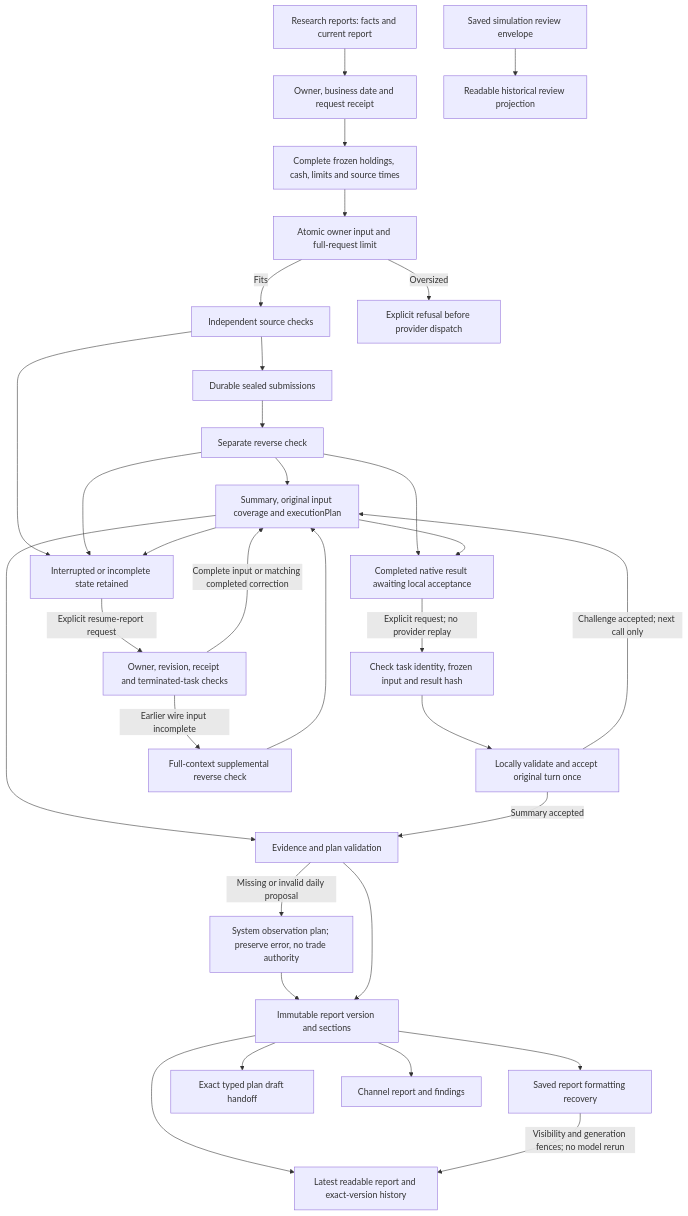
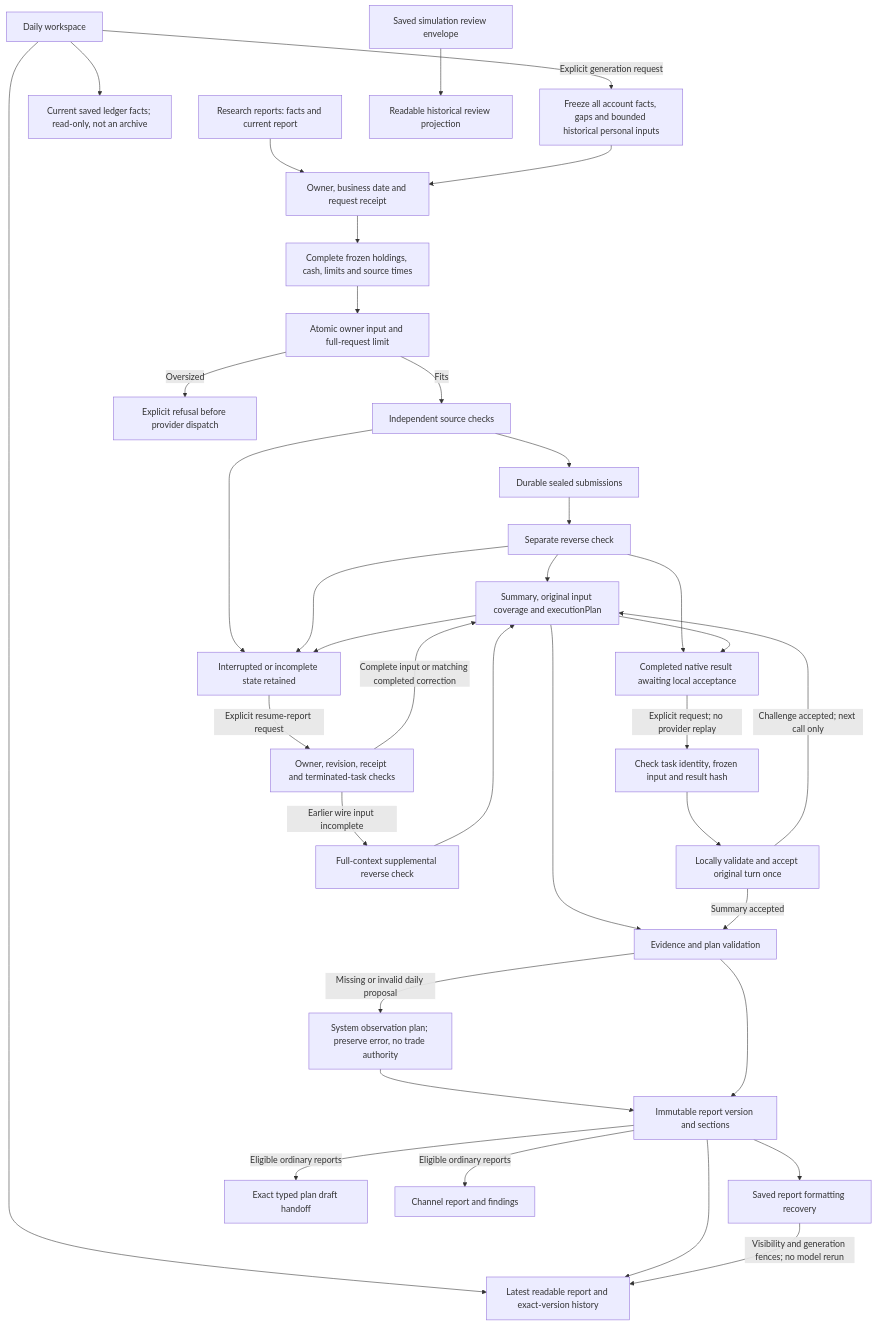
One commit to Lueyu/squabble changed the second of 5 diagrams in docs/architecture.md. Above: the diagram before and after it, drawn with Mermaid. The commit also changed other lines of this file and 155 other files, not shown here.

````diff
--- a/docs/architecture.md
+++ b/docs/architecture.md
@@ -71,34 +86,38 @@
 ```mermaid
 flowchart TD
     today["Research reports: facts and current report"] --> request["Owner, business date and request receipt"]
+    dailyWorkspace["Daily workspace"] --> dailyFacts["Current saved ledger facts; read-only, not an archive"]
+    dailyWorkspace --> reading
+    dailyWorkspace -->|"Explicit generation request"| overallFacts["Freeze all account facts, gaps and bounded historical personal inputs"]
+    overallFacts --> request
     request --> frozen["Complete frozen holdings, cash, limits and source times"]
     frozen --> fit["Atomic owner input and full-request limit"]
     fit -->|"Fits"| independent["Independent source checks"]
     fit -->|"Oversized"| refuse["Explicit refusal before provider dispatch"]
     independent --> sealed["Durable sealed submissions"]
     sealed --> reverse["Separate reverse check"]
     reverse --> summary["Summary, original input coverage and executionPlan"]
     summary --> validate["Evidence and plan validation"]
     validate -->|"Missing or invalid daily proposal"| observationPlan["System observation plan; preserve error, no trade authority"]
     observationPlan --> archive
     validate --> archive["Immutable report version and sections"]
     archive --> reading["Latest readable report and exact-version history"]
     archive --> saved["Saved report formatting recovery"]
     saved -->|"Visibility and generation fences; no model rerun"| reading
     review["Saved simulation review envelope"] --> reviewProjection["Readable historical review projection"]
-    archive --> handoff["Exact typed plan draft handoff"]
-    archive --> channelSource["Channel report and findings"]
+    archive -->|"Eligible ordinary reports"| handoff["Exact typed plan draft handoff"]
+    archive -->|"Eligible ordinary reports"| channelSource["Channel report and findings"]
     independent --> interrupted["Interrupted or incomplete state retained"]
     reverse --> interrupted
     summary --> interrupted
     reverse --> returned["Completed native result awaiting local acceptance"]
     summary --> returned
     returned -->|"Explicit request; no provider replay"| reparse["Check task identity, frozen input and result hash"]
     reparse --> accept["Locally validate and accept original turn once"]
     accept -->|"Challenge accepted; next call only"| summary
     accept -->|"Summary accepted"| validate
     interrupted -->|"Explicit resume-report request"| resume["Owner, revision, receipt and terminated-task checks"]
     resume -->|"Earlier wire input incomplete"| correction["Full-context supplemental reverse check"]
     correction --> summary
     resume -->|"Complete input or matching completed correction"| summary
 ```
````
